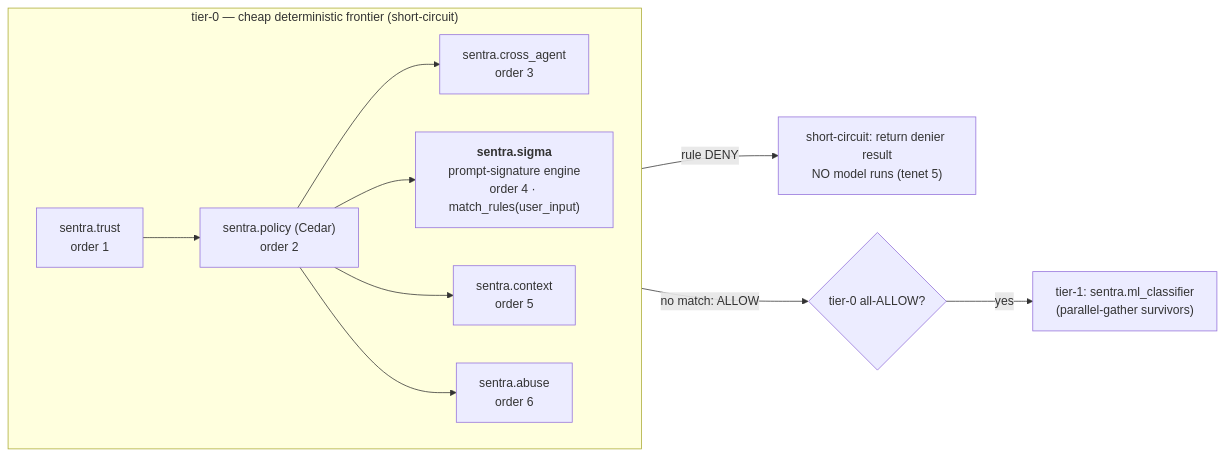
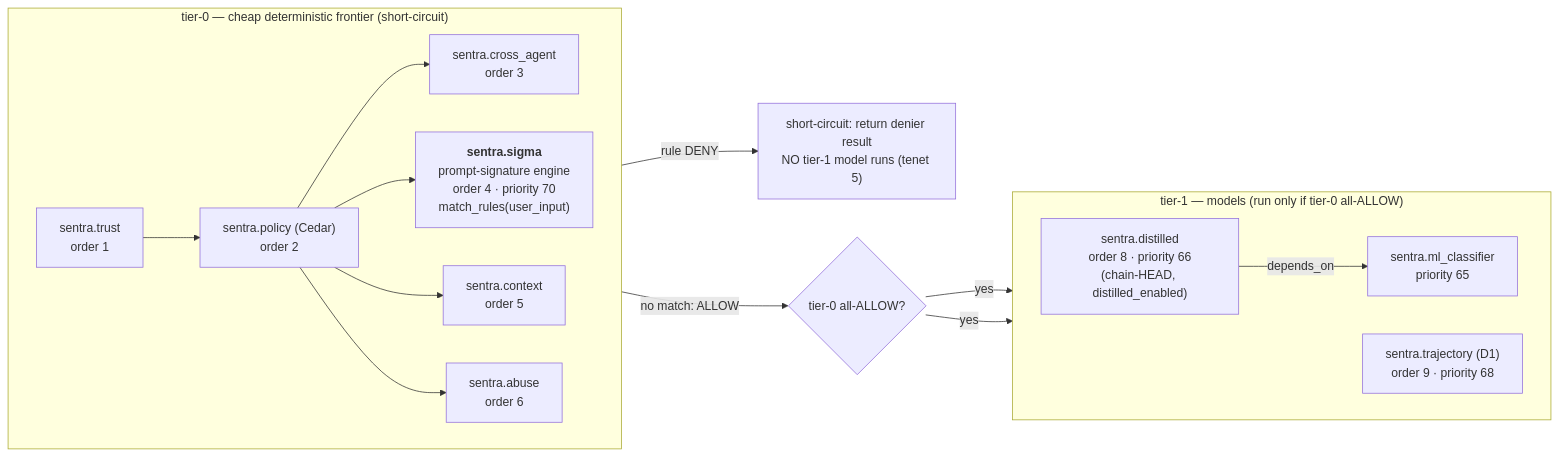
The first of 2 diagrams in lld/35-prompt-signatures.md (shashank31mar/Sentra), drawn with Mermaid before and after one commit. The commit also changed other lines of this file and 4 other files, not shown here.

````diff
--- a/lld/35-prompt-signatures.md
+++ b/lld/35-prompt-signatures.md
@@ -132,14 +133,20 @@
 ```mermaid
 flowchart LR
   subgraph tier0["tier-0 — cheap deterministic frontier (short-circuit)"]
     direction LR
     TR["sentra.trust<br/>order 1"] --> PO["sentra.policy (Cedar)<br/>order 2"]
     PO --> CA["sentra.cross_agent<br/>order 3"]
-    PO --> SIG["<b>sentra.sigma</b><br/>prompt-signature engine<br/>order 4 · match_rules(user_input)"]
+    PO --> SIG["<b>sentra.sigma</b><br/>prompt-signature engine<br/>order 4 · priority 70<br/>match_rules(user_input)"]
     PO --> CX["sentra.context<br/>order 5"]
     PO --> AB["sentra.abuse<br/>order 6"]
   end
-  SIG -->|"rule DENY"| SC["short-circuit: return denier result<br/>NO model runs (tenet 5)"]
+  SIG -->|"rule DENY"| SC["short-circuit: return denier result<br/>NO tier-1 model runs (tenet 5)"]
   SIG -->|"no match: ALLOW"| T1{"tier-0 all-ALLOW?"}
-  T1 -->|yes| ML["tier-1: sentra.ml_classifier<br/>(parallel-gather survivors)"]
+  subgraph tier1["tier-1 — models (run only if tier-0 all-ALLOW)"]
+    direction LR
+    DIST["sentra.distilled<br/>order 8 · priority 66<br/>(chain-HEAD, distilled_enabled)"] -->|"depends_on"| MLC["sentra.ml_classifier<br/>priority 65"]
+    TRAJ["sentra.trajectory (D1)<br/>order 9 · priority 68"]
+  end
+  T1 -->|yes| DIST
+  T1 -->|yes| TRAJ
 ```
````
